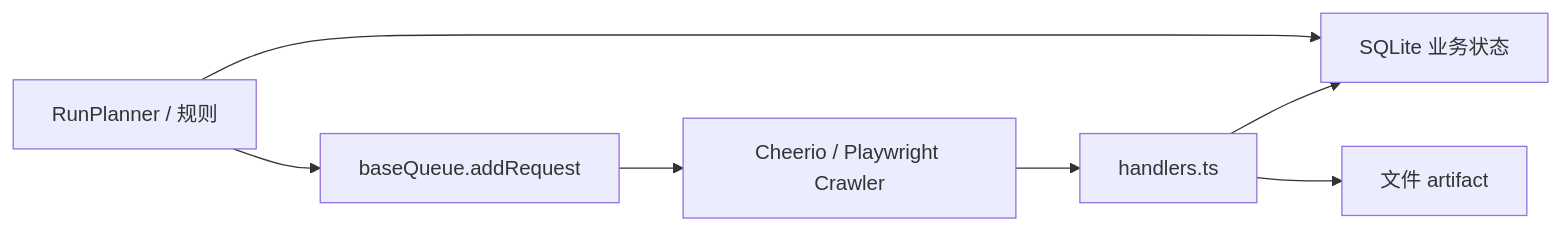
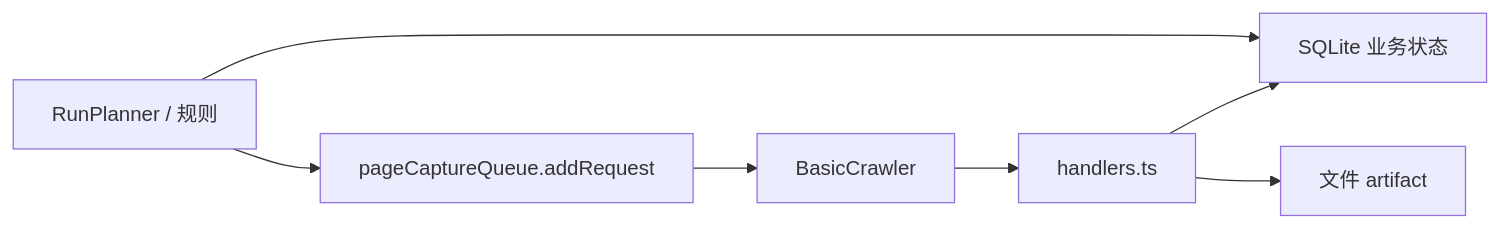
The diagram in docs/tech-details/crawlee-coupling.md (tianzhipeng-git/kvault-web-capture), drawn with Mermaid before and after one commit. The commit also changed other lines of this file and 1 other file, not shown here.

First line of the commit message:
docs: align documentation with unified page capture architecture

````diff
--- a/docs/tech-details/crawlee-coupling.md
+++ b/docs/tech-details/crawlee-coupling.md
@@ -18,9 +18,9 @@
 ```mermaid
 flowchart LR
   Planner["RunPlanner / 规则"] --> SQLite["SQLite 业务状态"]
-  Planner --> Enqueue["baseQueue.addRequest"]
-  Enqueue --> Crawlee["Cheerio / Playwright Crawler"]
+  Planner --> Enqueue["pageCaptureQueue.addRequest"]
+  Enqueue --> Crawlee["BasicCrawler"]
   Crawlee --> Handlers["handlers.ts"]
   Handlers --> SQLite
   Handlers --> Artifacts["文件 artifact"]
 ```
````
